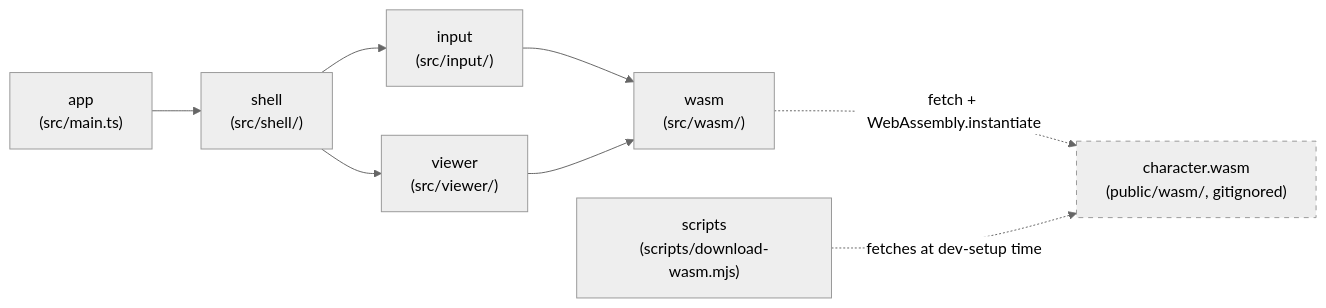
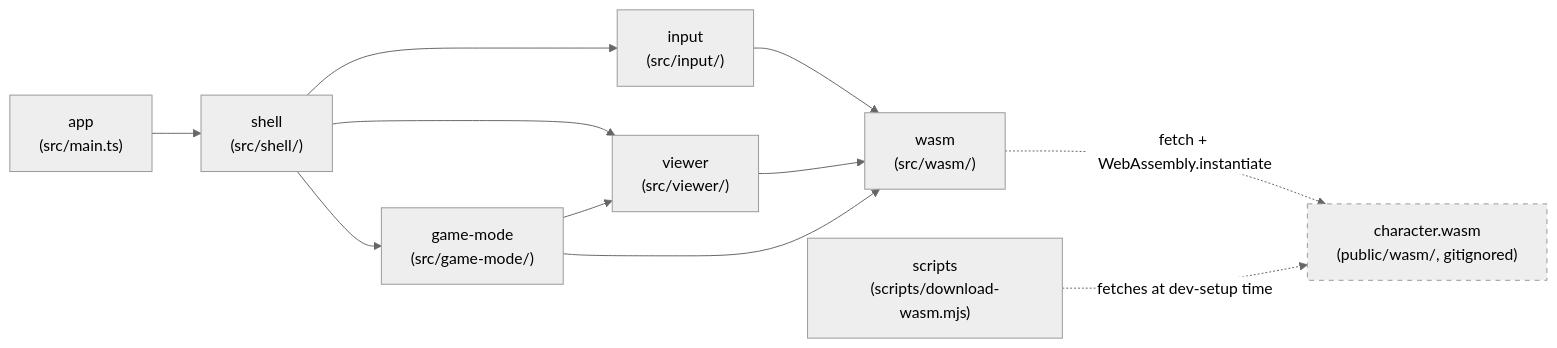
Before and after one commit to openkakutou/character-viewer-web: the diagram in docs/architecture.md, drawn with Mermaid (neutral theme). The commit also changed other lines of this file and 12 other files, not shown here.

````diff
--- a/docs/architecture.md
+++ b/docs/architecture.md
@@ -13,12 +13,15 @@
 ```mermaid
 flowchart LR
     app["app\n(src/main.ts)"] --> shell["shell\n(src/shell/)"]
     shell --> input["input\n(src/input/)"]
     shell --> viewer["viewer\n(src/viewer/)"]
+    shell --> gamemode["game-mode\n(src/game-mode/)"]
     input --> wasm["wasm\n(src/wasm/)"]
     viewer --> wasm
+    gamemode --> wasm
+    gamemode --> viewer
     wasm -.->|fetch + WebAssembly.instantiate| module["character.wasm\n(public/wasm/, gitignored)"]
     scripts["scripts\n(scripts/download-wasm.mjs)"] -.->|fetches at dev-setup time| module
 
     style module stroke-dasharray: 5 5
 ```
````
